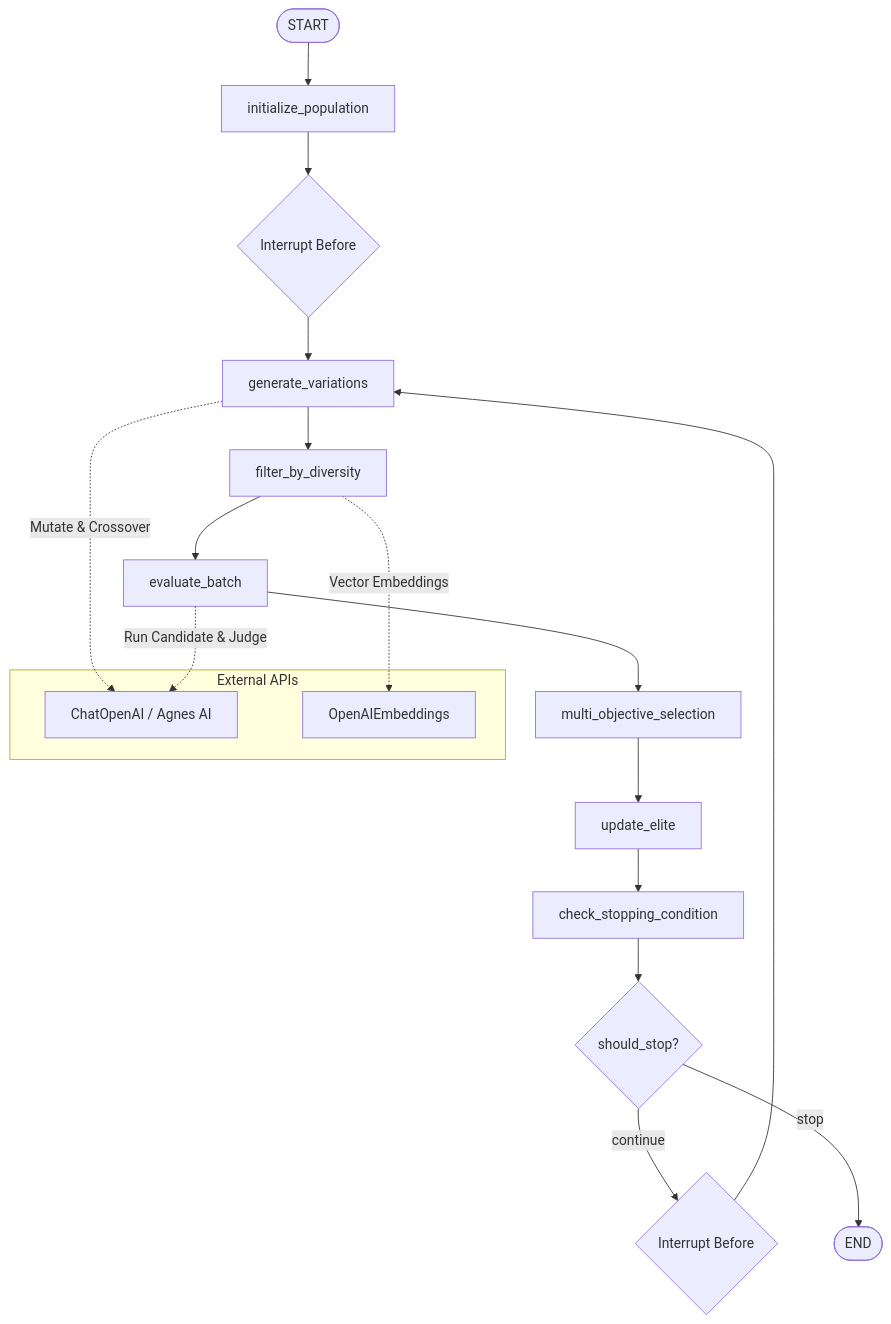
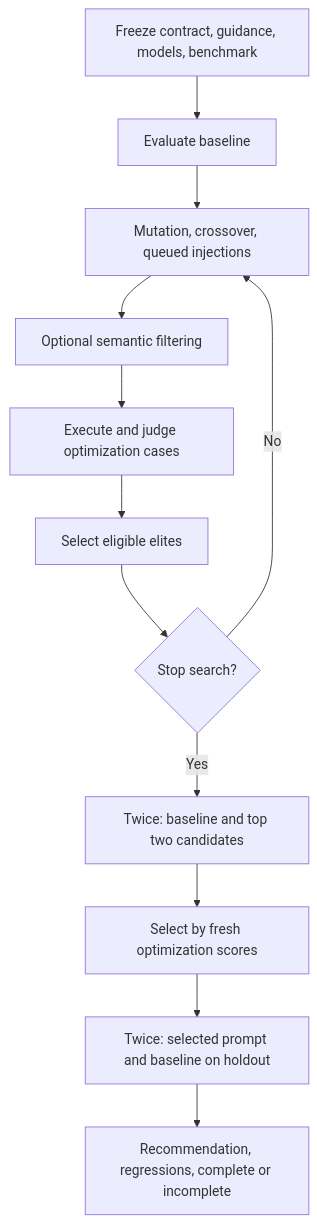
The diagram in docs/ARCHITECTURE.md (pypi-ahmad/self-improving-prompt-optimizer), drawn with Mermaid before and after one commit. The commit also changed other lines of this file and 13 other files, not shown here.

````diff
--- a/docs/ARCHITECTURE.md
+++ b/docs/ARCHITECTURE.md
@@ -42,24 +21,14 @@
 ```mermaid
 flowchart TD
-    Start([START]) --> Init[initialize_population]
-    Init --> Pause1{Interrupt Before}
-    Pause1 --> GV[generate_variations]
-    GV --> FD[filter_by_diversity]
-    FD --> EB[evaluate_batch]
-    EB --> MOS[multi_objective_selection]
-    MOS --> UE[update_elite]
-    UE --> CSC[check_stopping_condition]
-    CSC --> Route{should_stop?}
-    Route -- continue --> Pause2{Interrupt Before}
-    Pause2 --> GV
-    Route -- stop --> Done([END])
-
-    subgraph External APIs
-        LLM[ChatOpenAI / Agnes AI]
-        Embed[OpenAIEmbeddings]
-    end
-
-    GV -.->|Mutate & Crossover| LLM
-    FD -.->|Vector Embeddings| Embed
-    EB -.->|Run Candidate & Judge| LLM
+    Prepare[Freeze contract, guidance, models, benchmark] --> Init[Evaluate baseline]
+    Init --> Generate[Mutation, crossover, queued injections]
+    Generate --> Diversity[Optional semantic filtering]
+    Diversity --> Evaluate[Execute and judge optimization cases]
+    Evaluate --> Select[Select eligible elites]
+    Select --> Stop{Stop search?}
+    Stop -- No --> Generate
+    Stop -- Yes --> Finalists[Twice: baseline and top two candidates]
+    Finalists --> Choose[Select by fresh optimization scores]
+    Choose --> Holdout[Twice: selected prompt and baseline on holdout]
+    Holdout --> Report[Recommendation, regressions, complete or incomplete]
 ```
````
